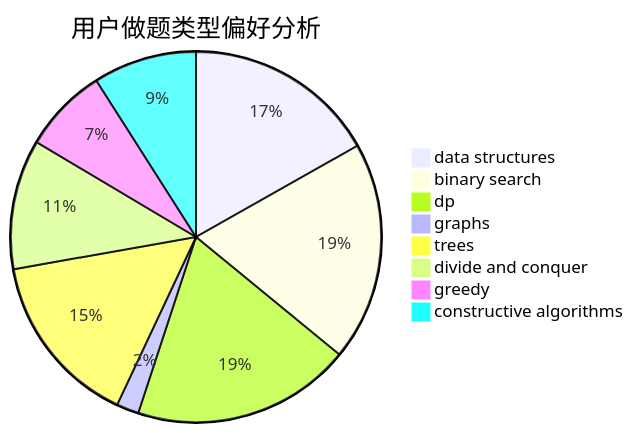
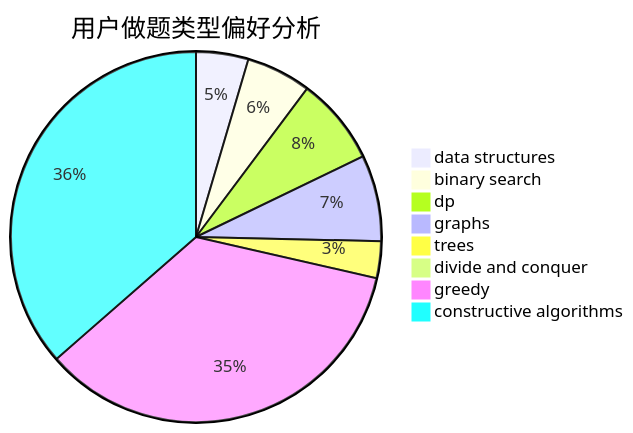
One commit to sherpahu/cfrs.github.io changed the second of 3 diagrams in docs/user/u176.md. Above: the diagram before and after it, drawn with Mermaid. The commit also changed other lines of this file and 2770 other files, not shown here.

````diff
--- a/docs/user/u176.md
+++ b/docs/user/u176.md
@@ -23,11 +23,11 @@
 ```mermaid
 pie title 用户做题类型偏好分析
-    "data structures" :  95
-    "binary search" :  108
-    "dp" :  108
-    "graphs" :  11
-    "trees" :  86
-    "divide and conquer" :  64
-    "greedy" :  42
-    "constructive algorithms" :  51
+    "data structures" :  54
+    "binary search" :  67
+    "dp" :  90
+    "graphs" :  89
+    "trees" :  38
+    "divide and conquer" :  7
+    "greedy" :  414
+    "constructive algorithms" :  431
 ```
````
